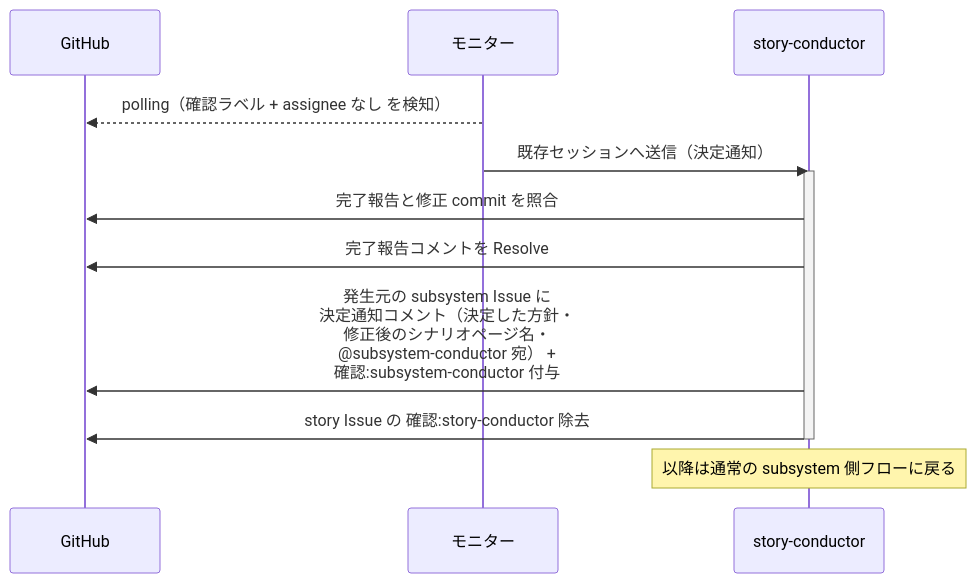
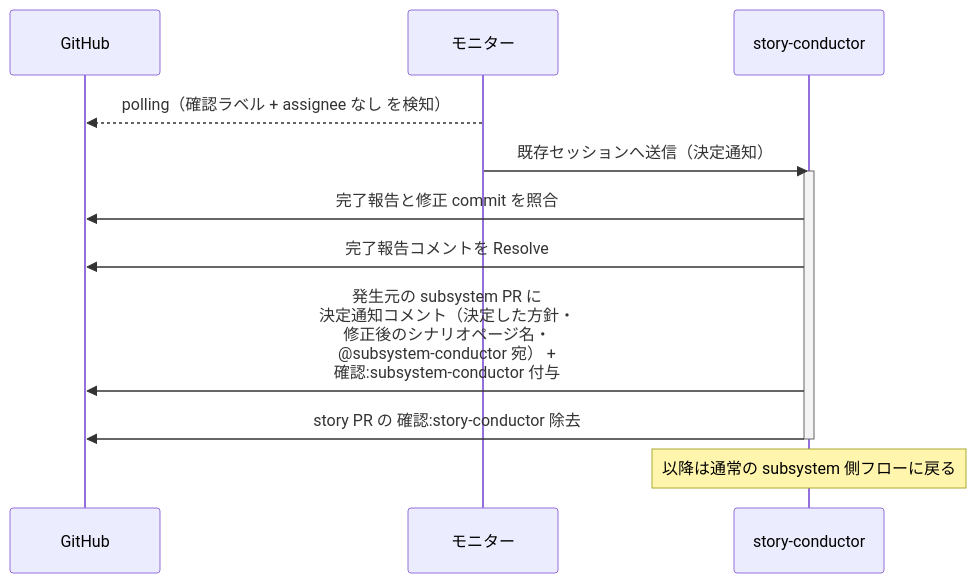
One commit to shuhei1101/ai-monitor changed the fifth of 6 diagrams in docs/wiki/設計図/シナリオ/単一ユースケース/エスカレーション対応.md. Above: the diagram before and after it, drawn with Mermaid. The commit also changed other lines of this file and 256 other files, not shown here.

````diff
--- a/docs/wiki/設計図/シナリオ/単一ユースケース/エスカレーション対応.md
+++ b/docs/wiki/設計図/シナリオ/単一ユースケース/エスカレーション対応.md
@@ -175,16 +175,16 @@
 ```mermaid
 sequenceDiagram
   participant GH as GitHub
   participant ORC as モニター
   participant MON as story-conductor
 
   ORC-->>GH: polling（確認ラベル + assignee なし を検知）
   ORC->>MON: 既存セッションへ送信（決定通知）
   activate MON
   MON->>GH: 完了報告と修正 commit を照合
   MON->>GH: 完了報告コメントを Resolve
-  MON->>GH: 発生元の subsystem Issue に<br>決定通知コメント（決定した方針・<br>修正後のシナリオページ名・<br>@subsystem-conductor 宛） +<br>確認:subsystem-conductor 付与
-  MON->>GH: story Issue の 確認:story-conductor 除去
+  MON->>GH: 発生元の subsystem PR に<br>決定通知コメント（決定した方針・<br>修正後のシナリオページ名・<br>@subsystem-conductor 宛） +<br>確認:subsystem-conductor 付与
+  MON->>GH: story PR の 確認:story-conductor 除去
   deactivate MON
   Note over MON: 以降は通常の subsystem 側フローに戻る
 ```
````
